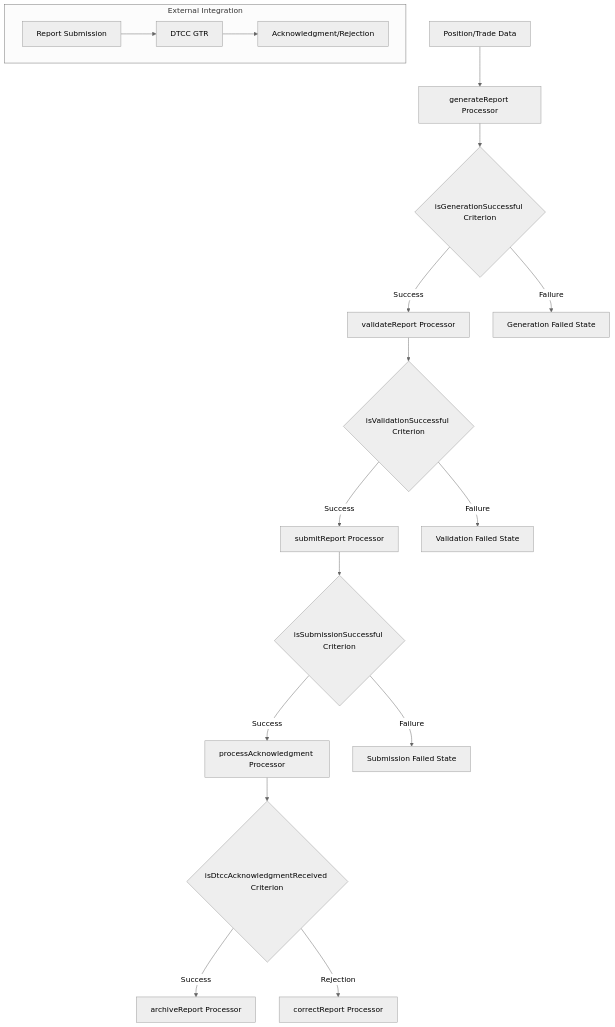
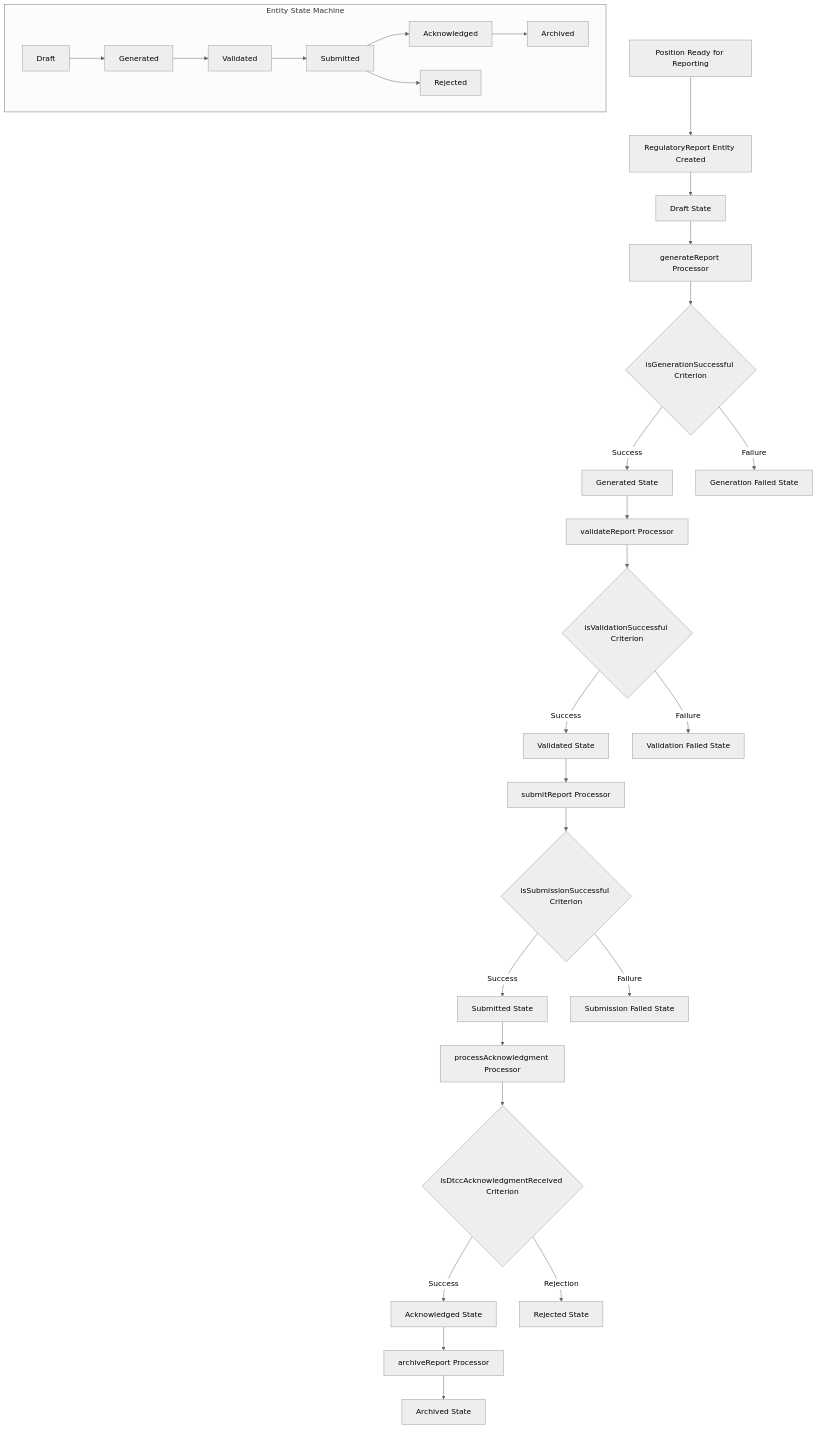
The fourth of 10 diagrams in .ai/tasks/dtcc-reporting/functional-specifications/component-interaction-diagrams.md (pschleger/dtcc-trade-reporting), drawn with Mermaid (neutral theme) before and after one commit. The commit also changed other lines of this file and 16 other files, not shown here.

````diff
--- a/.ai/tasks/dtcc-reporting/functional-specifications/component-interaction-diagrams.md
+++ b/.ai/tasks/dtcc-reporting/functional-specifications/component-interaction-diagrams.md
@@ -77,21 +97,32 @@
 ```mermaid
 graph TD
-    A[Position/Trade Data] --> B[generateReport Processor]
-    B --> C{isGenerationSuccessful Criterion}
-    C -->|Success| D[validateReport Processor]
-    C -->|Failure| E[Generation Failed State]
-    D --> F{isValidationSuccessful Criterion}
-    F -->|Success| G[submitReport Processor]
-    F -->|Failure| H[Validation Failed State]
-    G --> I{isSubmissionSuccessful Criterion}
-    I -->|Success| J[processAcknowledgment Processor]
-    I -->|Failure| K[Submission Failed State]
-    J --> L{isDtccAcknowledgmentReceived Criterion}
-    L -->|Success| M[archiveReport Processor]
-    L -->|Rejection| N[correctReport Processor]
-    
-    subgraph "External Integration"
-        O[DTCC GTR] --> P[Acknowledgment/Rejection]
-        Q[Report Submission] --> O
+    A[Position Ready for Reporting] --> B[RegulatoryReport Entity Created]
+    B --> C[Draft State]
+    C --> D[generateReport Processor]
+    D --> E{isGenerationSuccessful Criterion}
+    E -->|Success| F[Generated State]
+    E -->|Failure| G[Generation Failed State]
+    F --> H[validateReport Processor]
+    H --> I{isValidationSuccessful Criterion}
+    I -->|Success| J[Validated State]
+    I -->|Failure| K[Validation Failed State]
+    J --> L[submitReport Processor]
+    L --> M{isSubmissionSuccessful Criterion}
+    M -->|Success| N[Submitted State]
+    M -->|Failure| O[Submission Failed State]
+    N --> P[processAcknowledgment Processor]
+    P --> Q{isDtccAcknowledgmentReceived Criterion}
+    Q -->|Success| R[Acknowledged State]
+    Q -->|Rejection| S[Rejected State]
+    R --> T[archiveReport Processor]
+    T --> U[Archived State]
+
+    subgraph "Entity State Machine"
+        V[Draft] --> W[Generated]
+        W --> X[Validated]
+        X --> Y[Submitted]
+        Y --> Z[Acknowledged]
+        Z --> AA[Archived]
+        Y --> BB[Rejected]
     end
 ```
````
